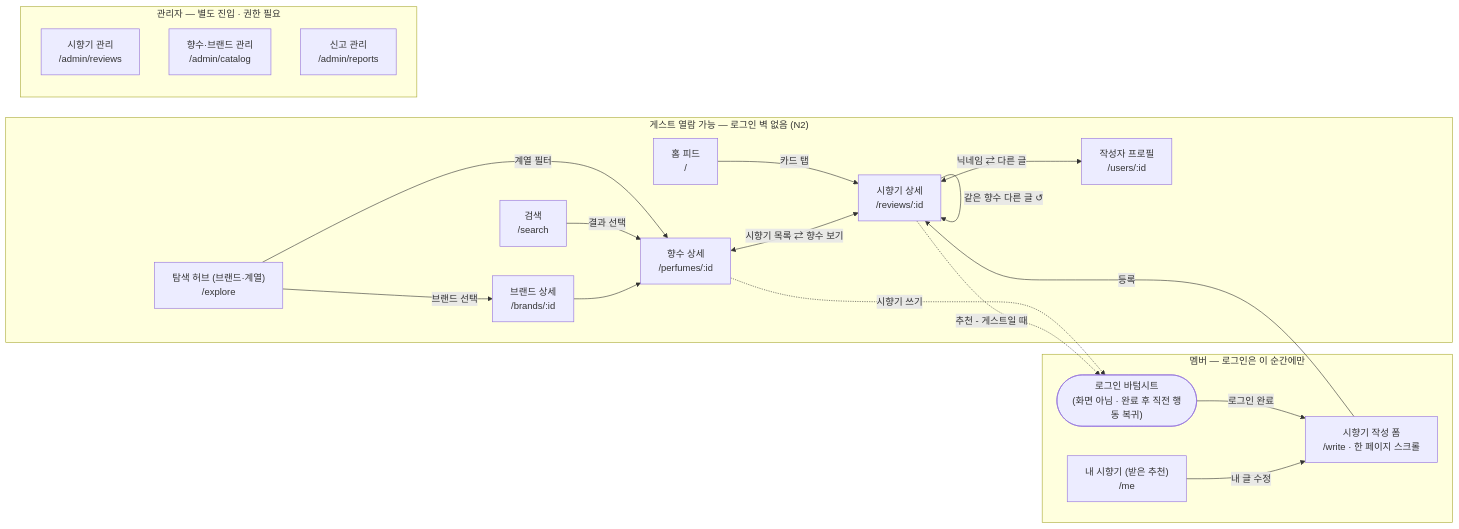
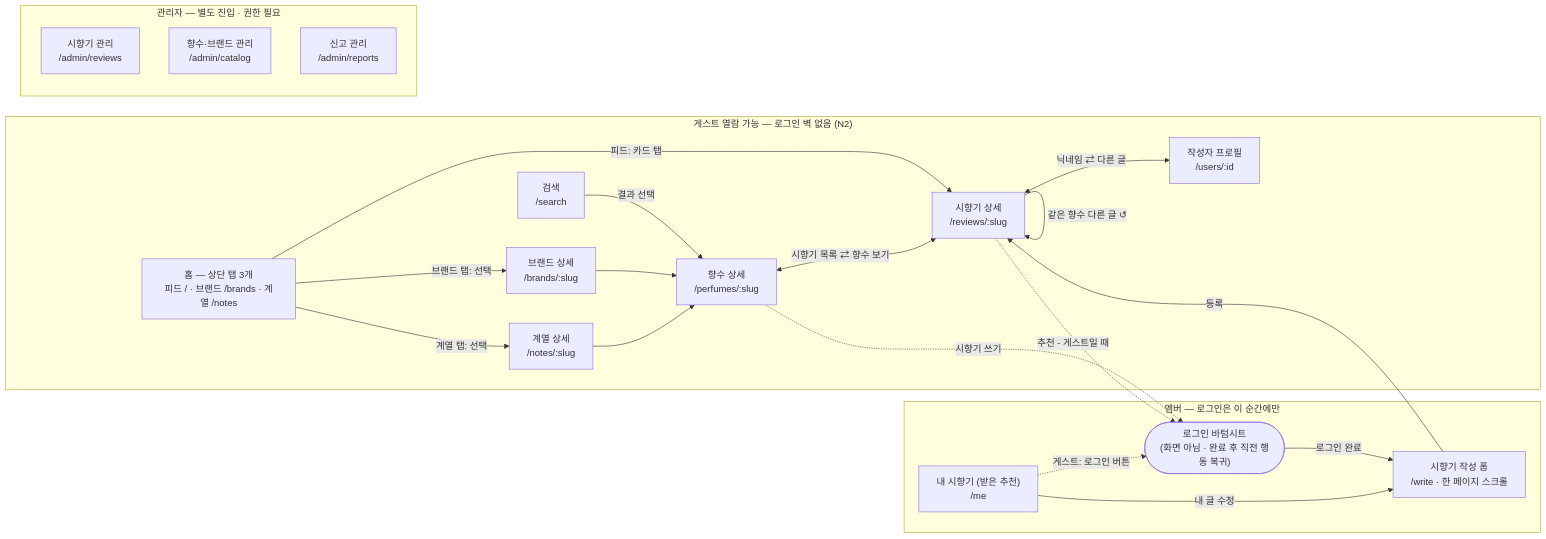
The diagram in docs/03-sitemap-ia.md (easynohard/perfumeishuman), drawn with Mermaid before and after one commit. The commit also changed other lines of this file and 3 other files, not shown here.

````diff
--- a/docs/03-sitemap-ia.md
+++ b/docs/03-sitemap-ia.md
@@ -20,39 +20,41 @@
 ```mermaid
 flowchart LR
   subgraph GUEST["게스트 열람 가능 — 로그인 벽 없음 (N2)"]
-    HOME["홈 피드<br>/"]
+    HOME["홈 — 상단 탭 3개<br>피드 / · 브랜드 /brands · 계열 /notes"]
     SEARCH["검색<br>/search"]
-    EXPLORE["탐색 허브 (브랜드·계열)<br>/explore"]
-    BRAND["브랜드 상세<br>/brands/:id"]
-    PERFUME["향수 상세<br>/perfumes/:id"]
-    REVIEW["시향기 상세<br>/reviews/:id"]
+    BRAND["브랜드 상세<br>/brands/:slug"]
+    NOTE["계열 상세<br>/notes/:slug"]
+    PERFUME["향수 상세<br>/perfumes/:slug"]
+    REVIEW["시향기 상세<br>/reviews/:slug"]
     PROFILE["작성자 프로필<br>/users/:id"]
   end
 
   subgraph MEMBER["멤버 — 로그인은 이 순간에만"]
     GATE(["로그인 바텀시트<br>(화면 아님 · 완료 후 직전 행동 복귀)"])
     WRITE["시향기 작성 폼<br>/write · 한 페이지 스크롤"]
     MY["내 시향기 (받은 추천)<br>/me"]
   end
 
   subgraph ADMIN["관리자 — 별도 진입 · 권한 필요"]
     AR["시향기 관리<br>/admin/reviews"]
     AC["향수·브랜드 관리<br>/admin/catalog"]
     AP["신고 관리<br>/admin/reports"]
   end
 
-  HOME -->|카드 탭| REVIEW
-  EXPLORE -->|브랜드 선택| BRAND
-  EXPLORE -->|계열 필터| PERFUME
+  HOME -->|피드: 카드 탭| REVIEW
+  HOME -->|브랜드 탭: 선택| BRAND
+  HOME -->|계열 탭: 선택| NOTE
   SEARCH -->|결과 선택| PERFUME
   BRAND --> PERFUME
+  NOTE --> PERFUME
   PERFUME <-->|시향기 목록 ⇄ 향수 보기| REVIEW
   REVIEW <-->|닉네임 ⇄ 다른 글| PROFILE
   REVIEW -->|같은 향수 다른 글 ↺| REVIEW
 
   PERFUME -.->|시향기 쓰기| GATE
   REVIEW -.->|추천 - 게스트일 때| GATE
+  MY -.->|게스트: 로그인 버튼| GATE
   GATE -->|로그인 완료| WRITE
   WRITE -->|등록| REVIEW
   MY -->|내 글 수정| WRITE
 ```
````
